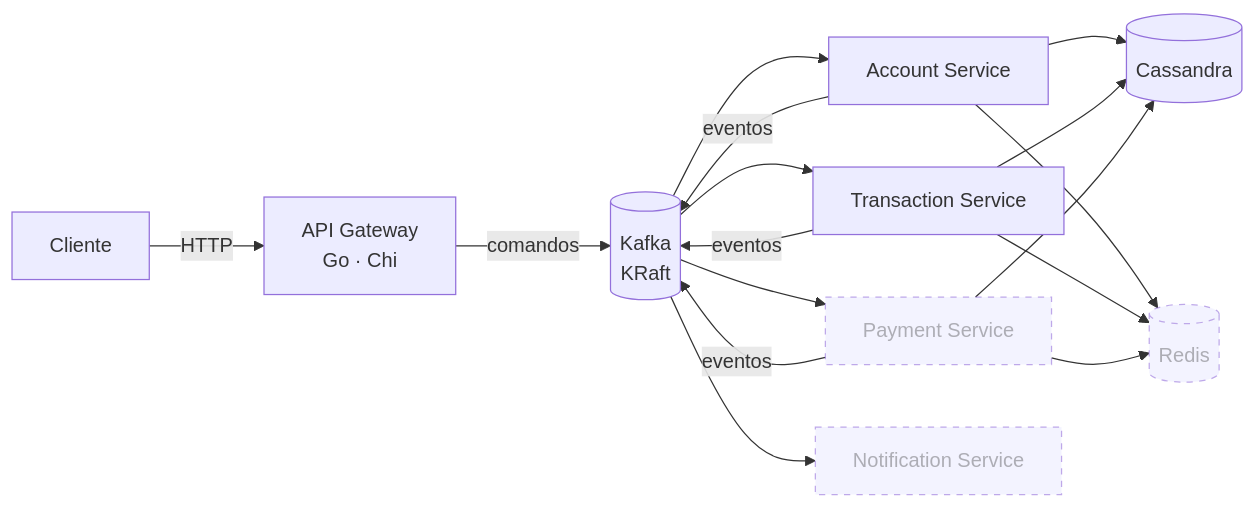
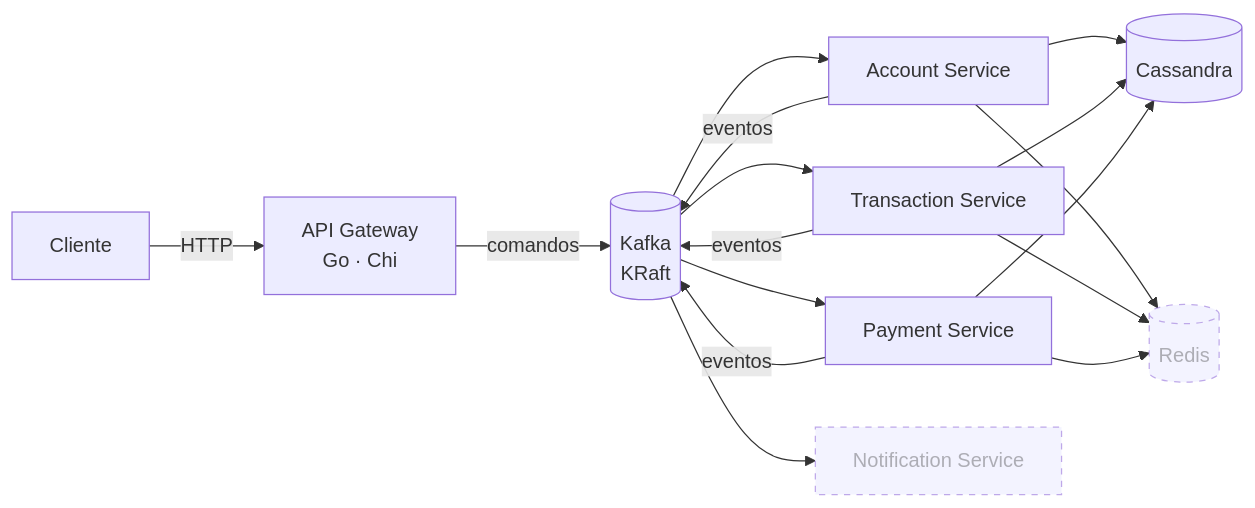
Before and after one commit to GabeSilvaDev/fintech-bank-platform: the diagram in README.pt-BR.md, drawn with Mermaid. The commit also changed other lines of this file and 2 other files, not shown here.

````diff
--- a/README.pt-BR.md
+++ b/README.pt-BR.md
@@ -24,15 +24,15 @@
 ```mermaid
 flowchart LR
     C[Cliente] -->|HTTP| GW[API Gateway<br/>Go · Chi]
     GW -->|comandos| K[(Kafka<br/>KRaft)]
     K --> A[Account Service]
     K --> T[Transaction Service]
     K --> P[Payment Service]
     K --> N[Notification Service]
     A & T & P --> CS[(Cassandra)]
     A & T & P --> R[(Redis)]
     A & T & P -->|eventos| K
 
     classDef planned stroke-dasharray: 5 5,opacity:0.6
-    class P,N,R planned
+    class N,R planned
 ```
````
